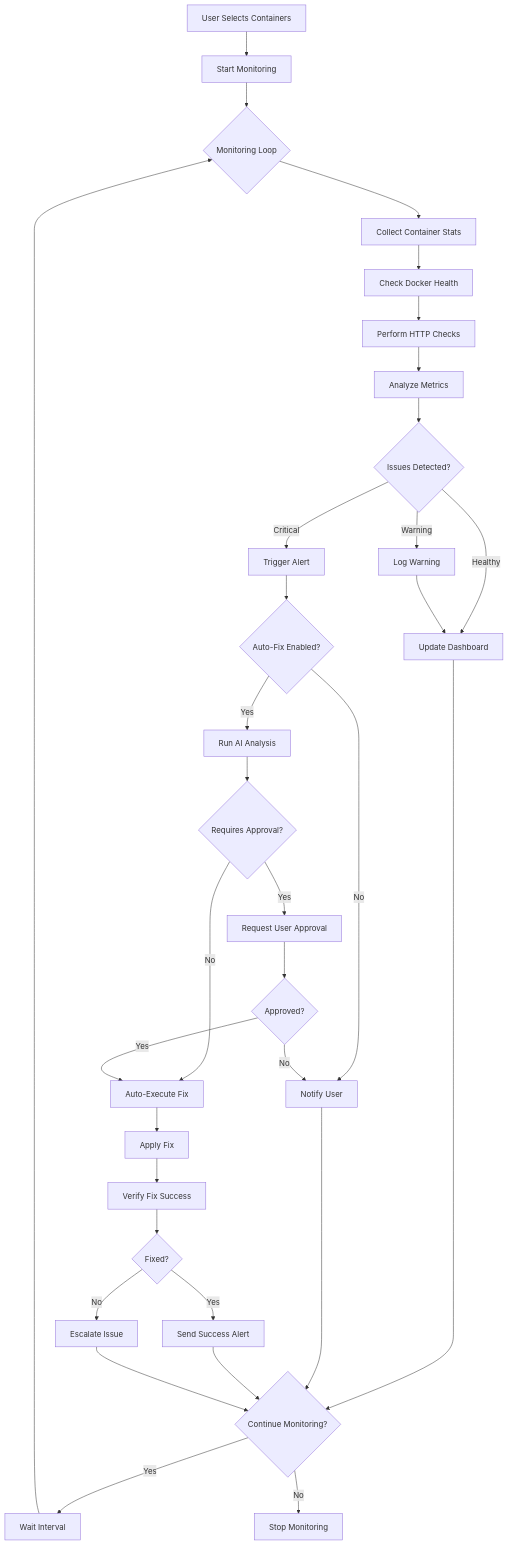
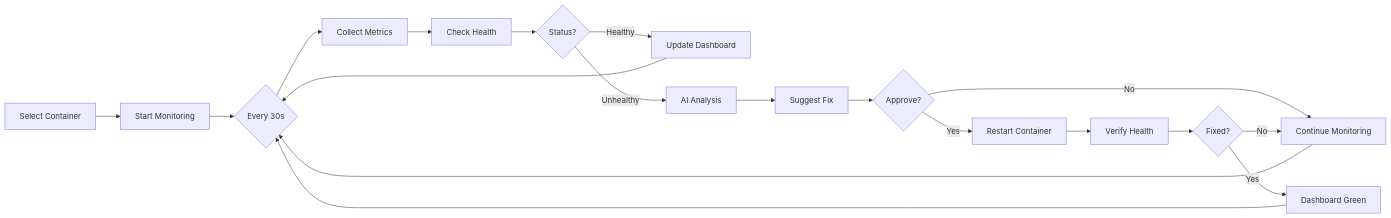
Before and after one commit to AymaanPathan/Agent-OS: the diagram in Readme.md, drawn with Mermaid. The commit also changed other lines of this file, not shown here.

````diff
--- a/Readme.md
+++ b/Readme.md
@@ -555,46 +219,21 @@
 ```mermaid
-graph TD
-    A[User Selects Containers] --> B[Start Monitoring]
-    B --> C{Monitoring Loop}
-    
-    C --> D[Collect Container Stats]
-    D --> E[Check Docker Health]
-    E --> F[Perform HTTP Checks]
-    F --> G[Analyze Metrics]
-    
-    G --> H{Issues Detected?}
-    
-    H -->|Critical| I[Trigger Alert]
-    H -->|Warning| J[Log Warning]
-    H -->|Healthy| K[Update Dashboard]
-    
-    I --> L{Auto-Fix Enabled?}
-    L -->|Yes| M[Run AI Analysis]
-    L -->|No| N[Notify User]
-    
-    M --> O{Requires Approval?}
-    O -->|Yes| P[Request User Approval]
-    O -->|No| Q[Auto-Execute Fix]
-    
-    P --> R{Approved?}
-    R -->|Yes| Q
-    R -->|No| N
-    
-    Q --> S[Apply Fix]
-    S --> T[Verify Fix Success]
-    
-    T --> U{Fixed?}
-    U -->|Yes| V[Send Success Alert]
-    U -->|No| W[Escalate Issue]
-    
-    J --> K
-    K --> X{Continue Monitoring?}
-    N --> X
-    V --> X
-    W --> X
-    
-    X -->|Yes| Y[Wait Interval]
-    X -->|No| Z[Stop Monitoring]
-    
-    Y --> C
+graph LR
+    A[Select Container] --> B[Start Monitoring]
+    B --> C{Every 30s}
+    C --> D[Collect Metrics]
+    D --> E[Check Health]
+    E --> F{Status?}
+    F -->|Healthy| G[Update Dashboard]
+    F -->|Unhealthy| H[AI Analysis]
+    H --> I[Suggest Fix]
+    I --> J{Approve?}
+    J -->|Yes| K[Restart Container]
+    J -->|No| L[Continue Monitoring]
+    K --> M[Verify Health]
+    M --> N{Fixed?}
+    N -->|Yes| O[Dashboard Green]
+    N -->|No| L
+    G --> C
+    L --> C
+    O --> C
 ```
````
